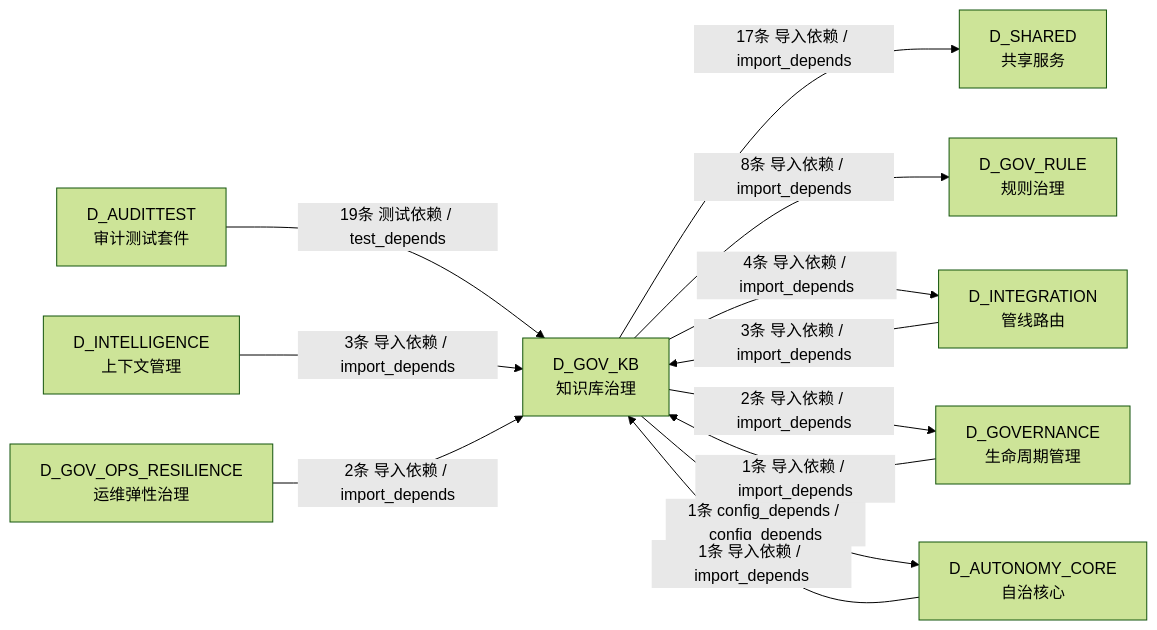
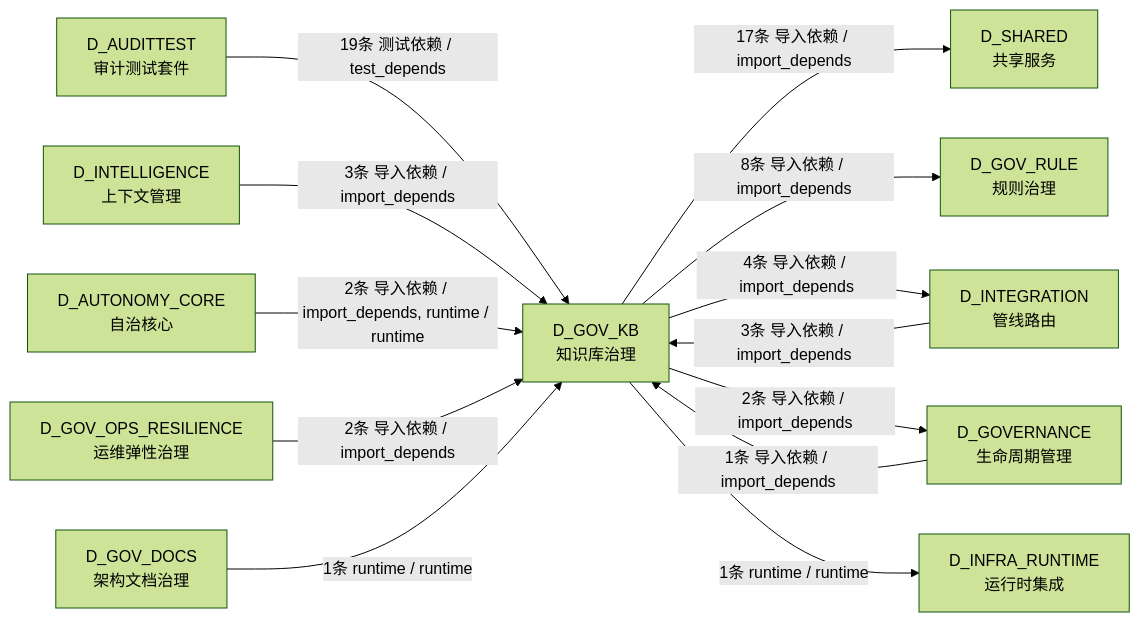
Before and after one commit to xuanFelixVan/ZephyrAlpha: the fifth of 5 diagrams in docs/02_enterprise_architecture/02_domain_architecture_docs/41_d_gov_kb.md, drawn with Mermaid (forest theme). The commit also changed other lines of this file and 112 other files, not shown here.

````diff
--- a/docs/02_enterprise_architecture/02_domain_architecture_docs/41_d_gov_kb.md
+++ b/docs/02_enterprise_architecture/02_domain_architecture_docs/41_d_gov_kb.md
@@ -442,23 +453,26 @@
 ```mermaid
 graph LR
     D_GOV_KB["D_GOV_KB<br/>知识库治理"]
     D_SHARED["D_SHARED<br/>共享服务"]
     D_GOV_RULE["D_GOV_RULE<br/>规则治理"]
     D_INTEGRATION["D_INTEGRATION<br/>管线路由"]
     D_GOVERNANCE["D_GOVERNANCE<br/>生命周期管理"]
-    D_AUTONOMY_CORE["D_AUTONOMY_CORE<br/>自治核心"]
+    D_INFRA_RUNTIME["D_INFRA_RUNTIME<br/>运行时集成"]
     D_AUDITTEST["D_AUDITTEST<br/>审计测试套件"]
     D_INTELLIGENCE["D_INTELLIGENCE<br/>上下文管理"]
+    D_AUTONOMY_CORE["D_AUTONOMY_CORE<br/>自治核心"]
     D_GOV_OPS_RESILIENCE["D_GOV_OPS_RESILIENCE<br/>运维弹性治理"]
+    D_GOV_DOCS["D_GOV_DOCS<br/>架构文档治理"]
     D_GOV_KB -->|17条 导入依赖 / import_depends| D_SHARED
     D_GOV_KB -->|8条 导入依赖 / import_depends| D_GOV_RULE
     D_GOV_KB -->|4条 导入依赖 / import_depends| D_INTEGRATION
     D_GOV_KB -->|2条 导入依赖 / import_depends| D_GOVERNANCE
-    D_GOV_KB -->|1条 config_depends / config_depends| D_AUTONOMY_CORE
+    D_GOV_KB -->|1条 runtime / runtime| D_INFRA_RUNTIME
     D_AUDITTEST -->|19条 测试依赖 / test_depends| D_GOV_KB
     D_INTEGRATION -->|3条 导入依赖 / import_depends| D_GOV_KB
     D_INTELLIGENCE -->|3条 导入依赖 / import_depends| D_GOV_KB
+    D_AUTONOMY_CORE -->|2条 导入依赖 / import_depends, runtime / runtime| D_GOV_KB
     D_GOV_OPS_RESILIENCE -->|2条 导入依赖 / import_depends| D_GOV_KB
-    D_AUTONOMY_CORE -->|1条 导入依赖 / import_depends| D_GOV_KB
+    D_GOV_DOCS -->|1条 runtime / runtime| D_GOV_KB
     D_GOVERNANCE -->|1条 导入依赖 / import_depends| D_GOV_KB
 ```
````
